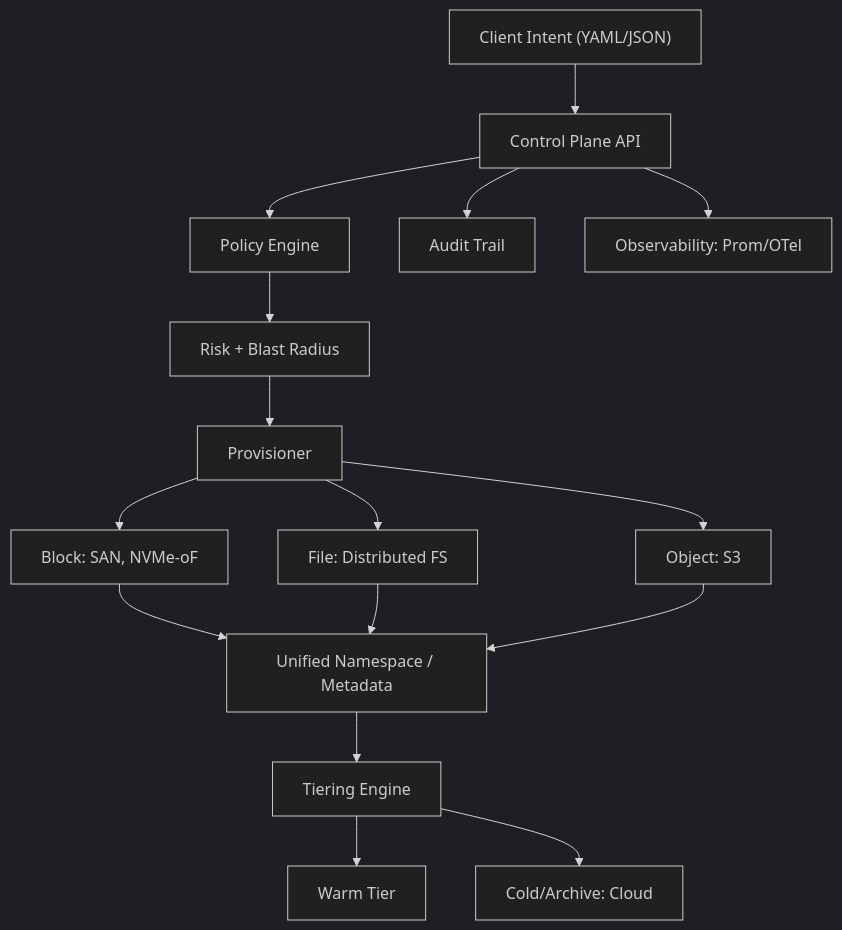
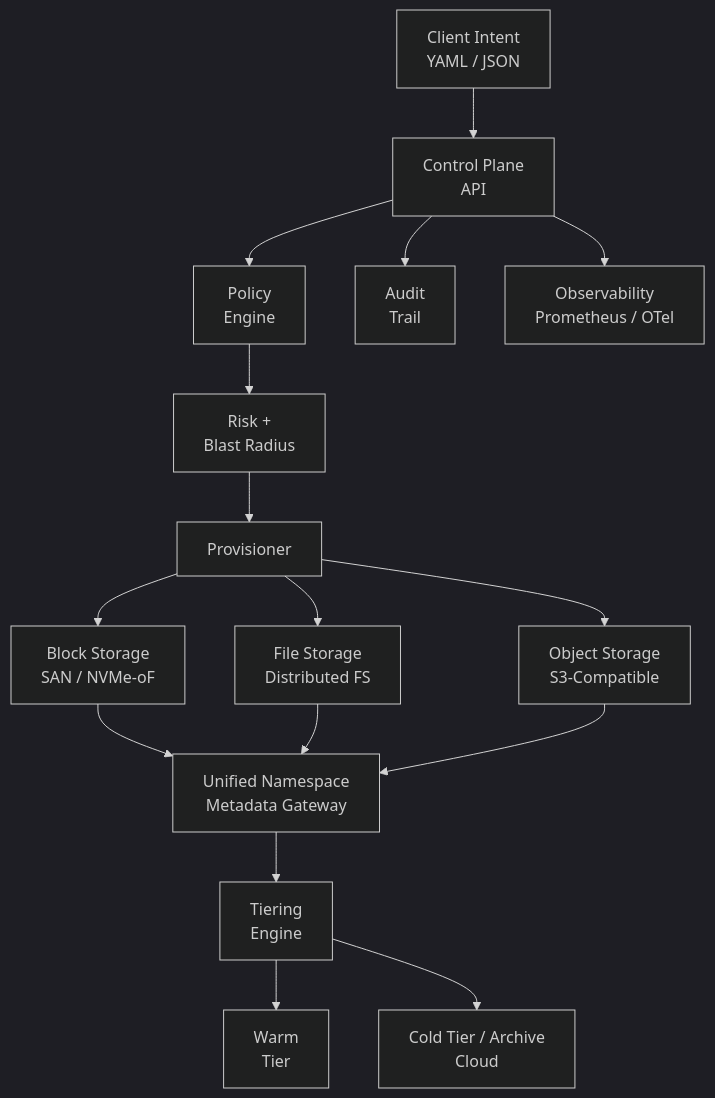
Before and after one commit to priyesh1988/software-defined-storage-platform: the diagram in README.md, drawn with Mermaid (dark theme).

````diff
--- a/README.md
+++ b/README.md
@@ -31,36 +31,36 @@
 ```mermaid
 flowchart TB
-  A["Client Intent (YAML/JSON)"]
-  B["Control Plane API"]
-  C["Policy Engine"]
-  D["Risk + Blast Radius"]
+  A["Client Intent<br/>YAML / JSON"]
+  B["Control Plane<br/>API"]
+  C["Policy<br/>Engine"]
+  D["Risk +<br/>Blast Radius"]
   E["Provisioner"]
 
-  F1["Block: SAN, NVMe-oF"]
-  F2["File: Distributed FS"]
-  F3["Object: S3"]
+  F1["Block Storage<br/>SAN / NVMe-oF"]
+  F2["File Storage<br/>Distributed FS"]
+  F3["Object Storage<br/>S3-Compatible"]
 
-  G["Unified Namespace / Metadata"]
-  H["Tiering Engine"]
-  I["Warm Tier"]
-  J["Cold/Archive: Cloud"]
+  G["Unified Namespace<br/>Metadata Gateway"]
+  H["Tiering<br/>Engine"]
+  I["Warm<br/>Tier"]
+  J["Cold Tier / Archive<br/>Cloud"]
 
-  K["Audit Trail"]
-  L["Observability: Prom/OTel"]
+  K["Audit<br/>Trail"]
+  L["Observability<br/>Prometheus / OTel"]
 
   A --> B
   B --> C
   C --> D
   D --> E
   E --> F1
   E --> F2
   E --> F3
   F1 --> G
   F2 --> G
   F3 --> G
   G --> H
   H --> I
   H --> J
   B --> K
   B --> L
 ```
````
